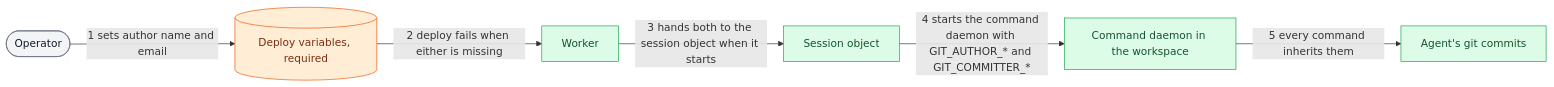
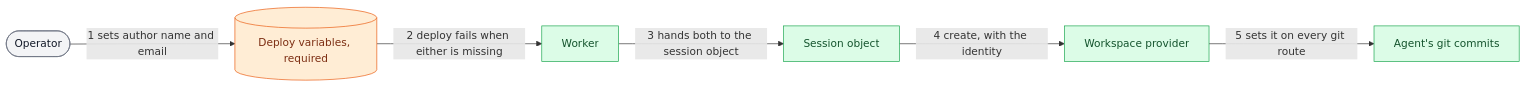
The sixth of 8 diagrams in docs/technical-design/workspace.md (asermax/tentacles), drawn with Mermaid before and after one commit. The commit also changed other lines of this file and 14 other files, not shown here.

Commit message:
docs: record the Cloudflare Computer workspace design and move the Cloudflare details into provider notes

````diff
--- a/docs/technical-design/workspace.md
+++ b/docs/technical-design/workspace.md
@@ -32,14 +198,14 @@
 ```mermaid
 flowchart LR
     O(["Operator"]) -->|"1 sets author name and email"| V[("Deploy variables, required")]
     V -->|"2 deploy fails when either is missing"| W["Worker"]
-    W -->|"3 hands both to the session object when it starts"| S["Session object"]
-    S -->|"4 starts the command daemon with GIT_AUTHOR_* and GIT_COMMITTER_*"| D["Command daemon in the workspace"]
-    D -->|"5 every command inherits them"| C["Agent's git commits"]
+    W -->|"3 hands both to the session object"| S["Session object"]
+    S -->|"4 create, with the identity"| P["Workspace provider"]
+    P -->|"5 sets it on every git route"| C["Agent's git commits"]
     classDef ext fill:#f3f4f6,stroke:#6b7280,color:#111827
     classDef mod fill:#dcfce7,stroke:#16a34a,color:#14532d
     classDef store fill:#ffedd5,stroke:#ea580c,color:#7c2d12
     class O ext
-    class W,S,D,C mod
+    class W,S,P,C mod
     class V store
 ```
````
